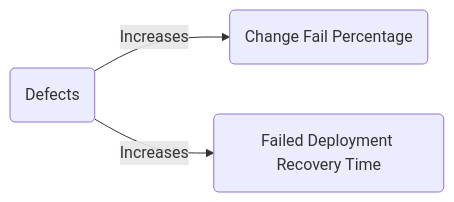
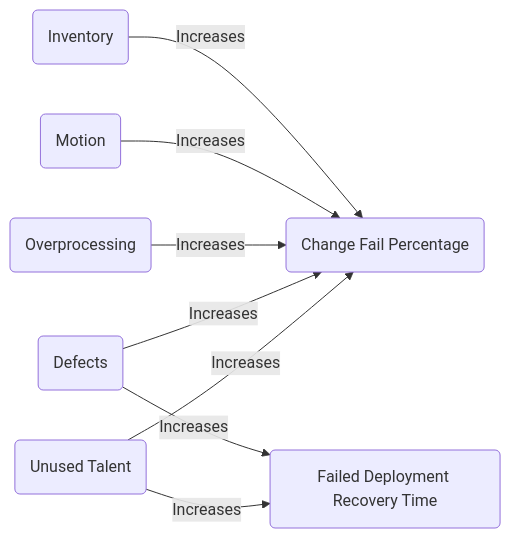
One commit to matthew-shaw/matthew-shaw.github.io changed the second of 2 diagrams in docs/blog/posts/modern-software-delivery.md. Above: the diagram before and after it, drawn with Mermaid. The commit also changed other lines of this file, not shown here.

````diff
--- a/docs/blog/posts/modern-software-delivery.md
+++ b/docs/blog/posts/modern-software-delivery.md
@@ -203,6 +148,14 @@
 ```mermaid
 flowchart LR
-    defects(Defects) -- Increases -->
+    Inv(Inventory)
+    Mot(Motion)
+    OverPr(Overprocessing)
+    Def(Defects)
+    Talent(Unused Talent)
+
     CFR(Change Fail Percentage)
-    defects -- Increases --> TRS(Failed Deployment Recovery Time)
+    TRS(Failed Deployment Recovery Time)
+
+    Inv & Mot & OverPr & Def & Talent -- Increases --> CFR
+    Def & Talent -- Increases --> TRS
 ```
````
